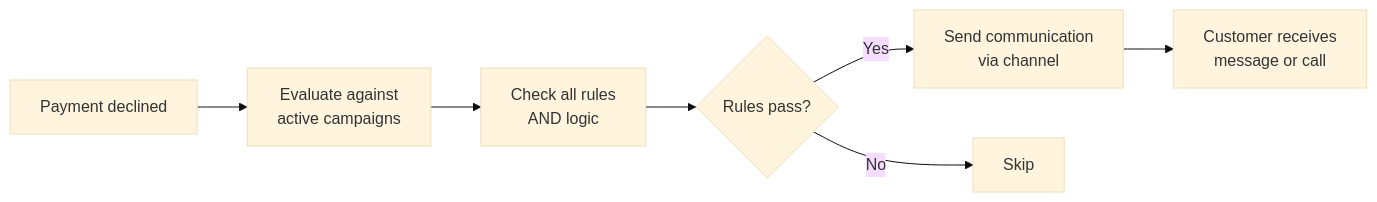
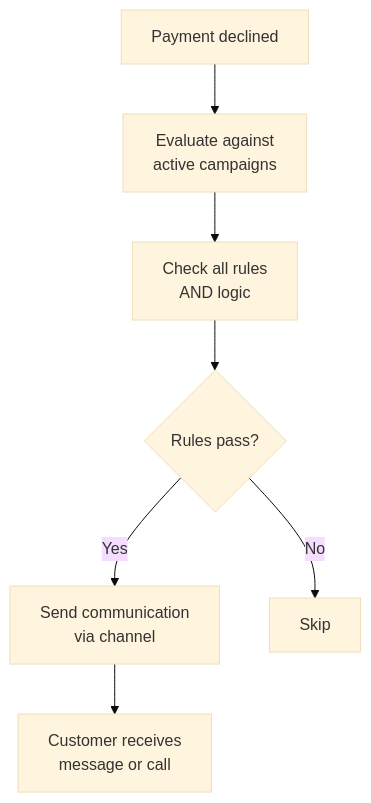
One commit to yuno-payments/yuno-docs changed the diagram in reference/Yuno API Reference/communications-campaigns/index.md. Above: the diagram before and after it, drawn with Mermaid (base theme).

Commit message:
Update reference `communications-campaigns`

````diff
--- a/reference/Yuno API Reference/communications-campaigns/index.md
+++ b/reference/Yuno API Reference/communications-campaigns/index.md
@@ -36,9 +36,9 @@
 ```mermaid
-flowchart LR
+flowchart TD
     1[Payment declined] --> 2[Evaluate against<br/>active campaigns]
     2 --> 3[Check all rules<br/>AND logic]
     3 --> 4{Rules pass?}
     4 -->|Yes| 5[Send communication<br/>via channel]
     4 -->|No| 6[Skip]
     5 --> 7[Customer receives<br/>message or call]
 ```
````
